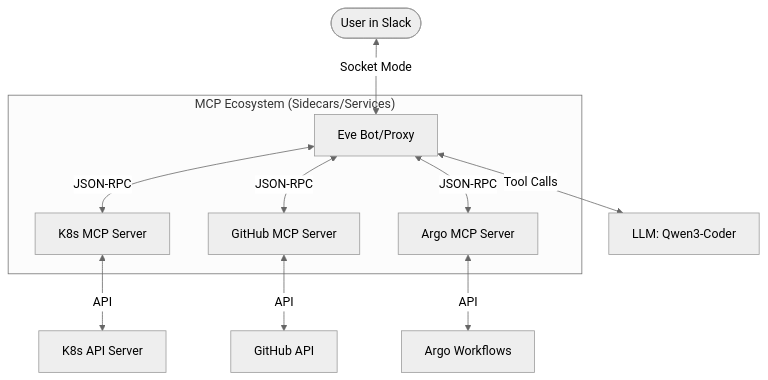
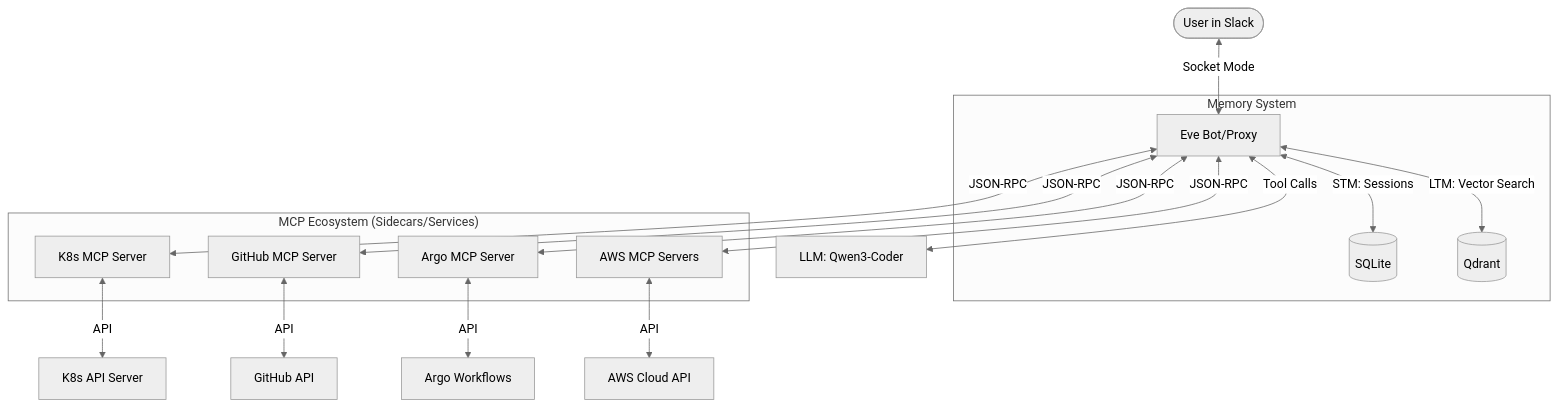
The diagram in README.md (restack/eve), drawn with Mermaid (neutral theme) before and after one commit. The commit also changed other lines of this file, not shown here.

````diff
--- a/README.md
+++ b/README.md
@@ -17,15 +17,22 @@
 ```mermaid
 graph TD
     User([User in Slack]) <-->|Socket Mode| Eve[Eve Bot/Proxy]
     Eve <-->|Tool Calls| LLM[LLM: Qwen3-Coder]
 
+    subgraph "Memory System"
+        Eve <-->|STM: Sessions| SQLite[(SQLite)]
+        Eve <-->|LTM: Vector Search| Qdrant[(Qdrant)]
+    end
+
     subgraph "MCP Ecosystem (Sidecars/Services)"
         Eve <-->|JSON-RPC| K8s[K8s MCP Server]
         Eve <-->|JSON-RPC| GH[GitHub MCP Server]
         Eve <-->|JSON-RPC| Argo[Argo MCP Server]
+        Eve <-->|JSON-RPC| AWS[AWS MCP Servers]
     end
 
     K8s <-->|API| Cluster[K8s API Server]
     GH <-->|API| GitHub[GitHub API]
     Argo <-->|API| AW[Argo Workflows]
+    AWS <-->|API| Cloud[AWS Cloud API]
 ```
````
